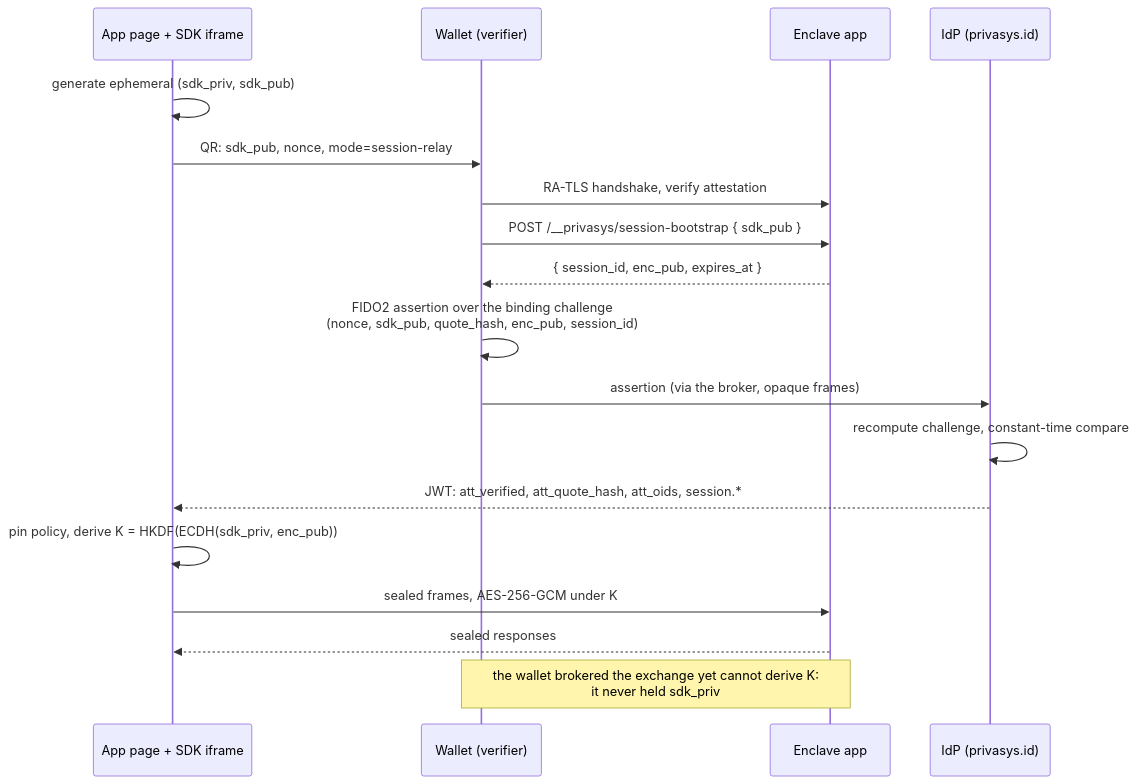
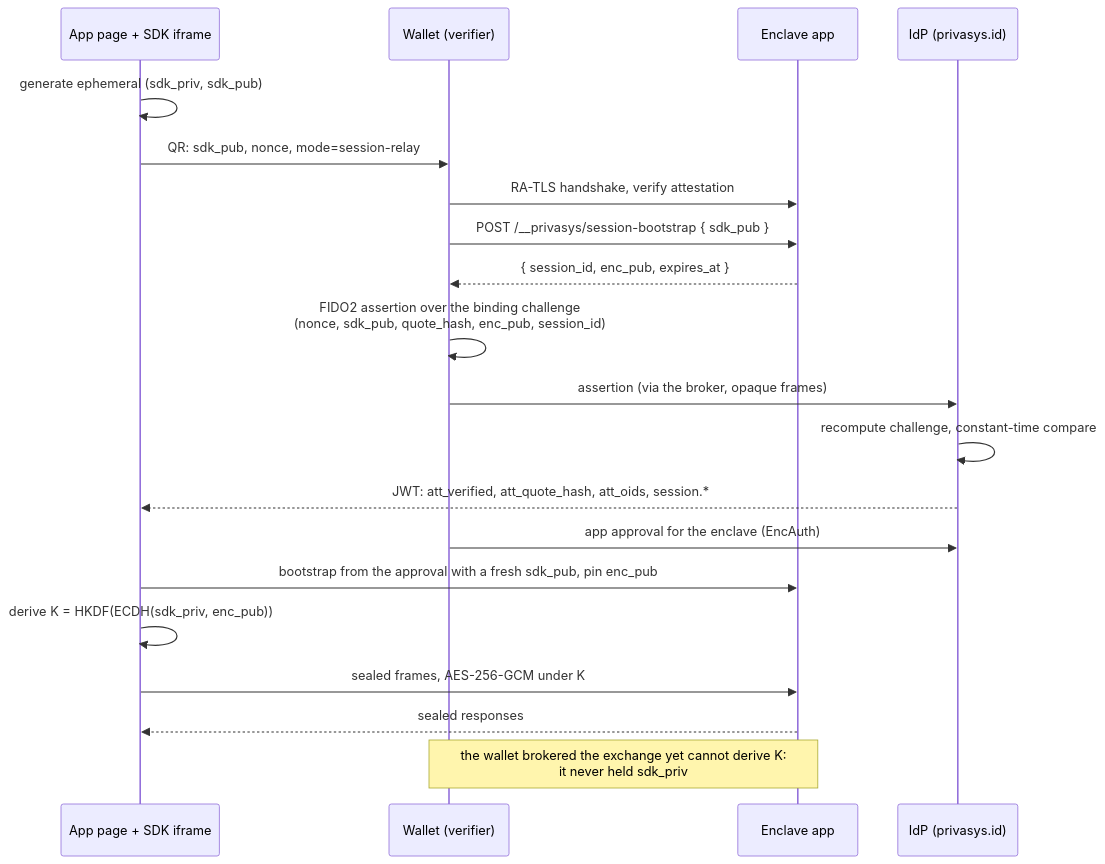
The diagram in apps/fronts/docs.privasys.org/content/docs/technology/sealed-session.mdx (Privasys/websites), drawn with Mermaid before and after one commit. The commit also changed other lines of this file and 4 other files, not shown here.

First line of the commit message:
docs(docs.privasys.org): The per-enclave wallet approval is the app approval, reusable until expiry

````diff
--- a/apps/fronts/docs.privasys.org/content/docs/technology/sealed-session.mdx
+++ b/apps/fronts/docs.privasys.org/content/docs/technology/sealed-session.mdx
@@ -58,21 +58,23 @@
 ```mermaid
 sequenceDiagram
   participant P as App page + SDK iframe
   participant W as Wallet (verifier)
   participant E as Enclave app
   participant I as IdP (privasys.id)
 
   P->>P: generate ephemeral (sdk_priv, sdk_pub)
   P->>W: QR: sdk_pub, nonce, mode=session-relay
   W->>E: RA-TLS handshake, verify attestation
   W->>E: POST /__privasys/session-bootstrap { sdk_pub }
   E-->>W: { session_id, enc_pub, expires_at }
   W->>W: FIDO2 assertion over the binding challenge<br/>(nonce, sdk_pub, quote_hash, enc_pub, session_id)
   W->>I: assertion (via the broker, opaque frames)
   I->>I: recompute challenge, constant-time compare
   I-->>P: JWT: att_verified, att_quote_hash, att_oids, session.*
-  P->>P: pin policy, derive K = HKDF(ECDH(sdk_priv, enc_pub))
+  W->>I: app approval for the enclave (EncAuth)
+  P->>E: bootstrap from the approval with a fresh sdk_pub, pin enc_pub
+  P->>P: derive K = HKDF(ECDH(sdk_priv, enc_pub))
   P->>E: sealed frames, AES-256-GCM under K
   E-->>P: sealed responses
   Note over W,E: the wallet brokered the exchange yet cannot derive K:<br/>it never held sdk_priv
 ```
````
